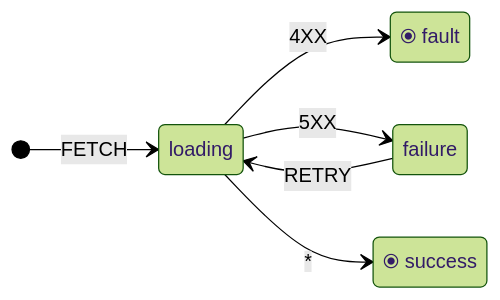
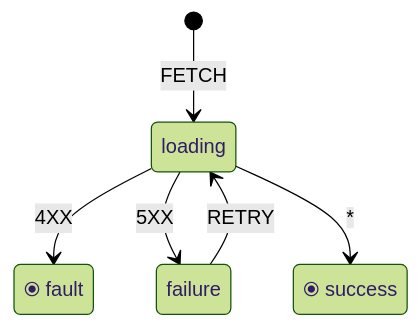
The diagram in README.md (drivly/state.do), drawn with Mermaid (forest theme) before and after one commit.

````diff
--- a/README.md
+++ b/README.md
@@ -19,9 +19,8 @@
 ```mermaid
 stateDiagram-v2
-  direction LR
-  [*]-->loading: FETCH
-  loading-->⦿&nbsp;fault: 4XX
-  loading-->failure: 5XX
-  loading-->⦿&nbsp;success: *
-  failure-->loading: RETRY
+[*]-->loading: FETCH
+loading-->⦿&nbsp;fault: 4XX
+loading-->failure: 5XX
+loading-->⦿&nbsp;success: *
+failure-->loading: RETRY
 ```
````
